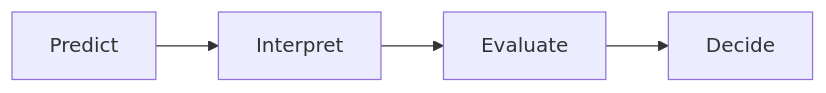
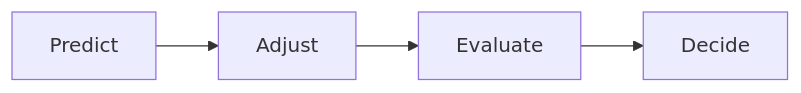
The seventh of 7 diagrams in projects/supply_chain_ai_lab/docs/architecture/01_decision_pipeline.md (Vafamehr/deterministic-llm-system), drawn with Mermaid before and after one commit. The commit also changed other lines of this file and 10 other files, not shown here.

````diff
--- a/projects/supply_chain_ai_lab/docs/architecture/01_decision_pipeline.md
+++ b/projects/supply_chain_ai_lab/docs/architecture/01_decision_pipeline.md
@@ -242,9 +236,4 @@
 ```mermaid
 flowchart LR
-    A[Predict]
-    B[Interpret]
-    C[Evaluate]
-    D[Decide]
-
-    A --> B --> C --> D
+    A[Predict] --> B[Adjust] --> C[Evaluate] --> D[Decide]
 ```
````
